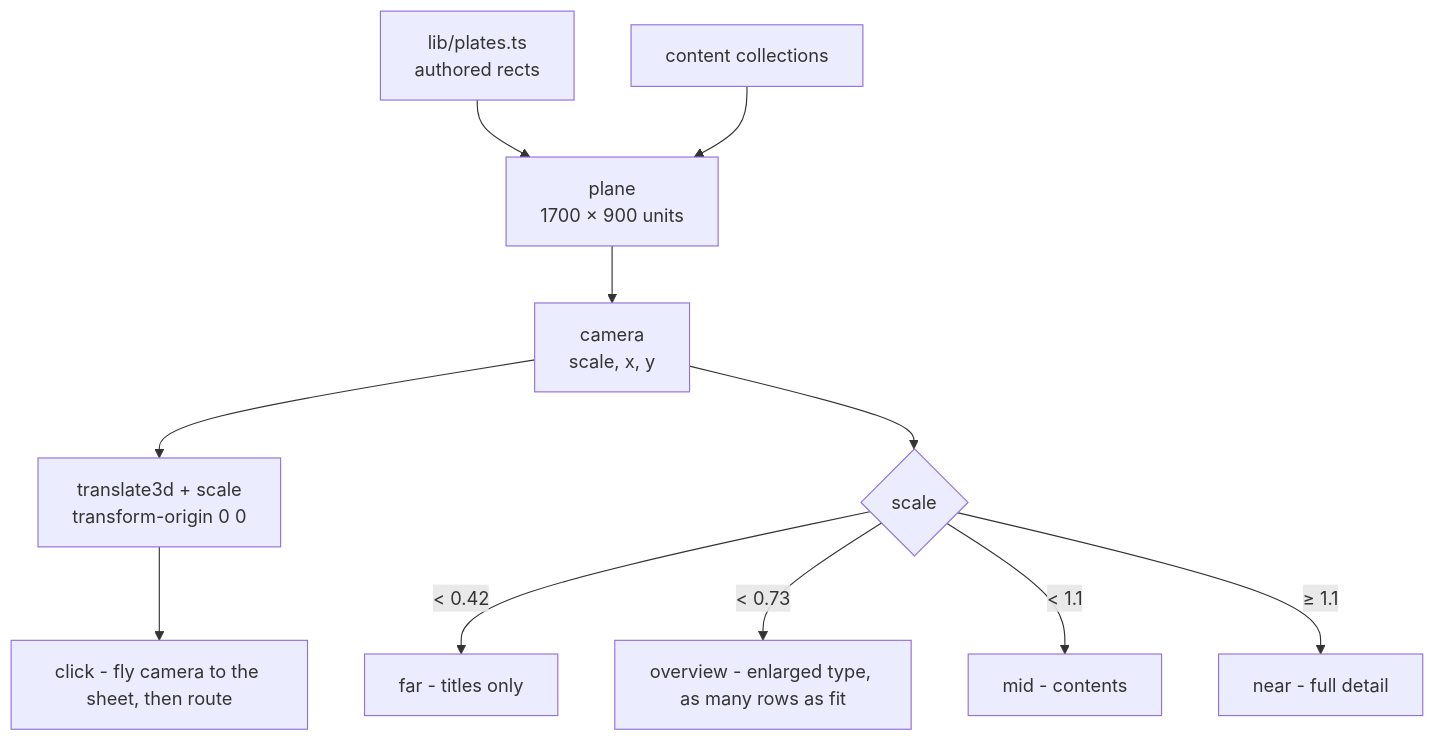
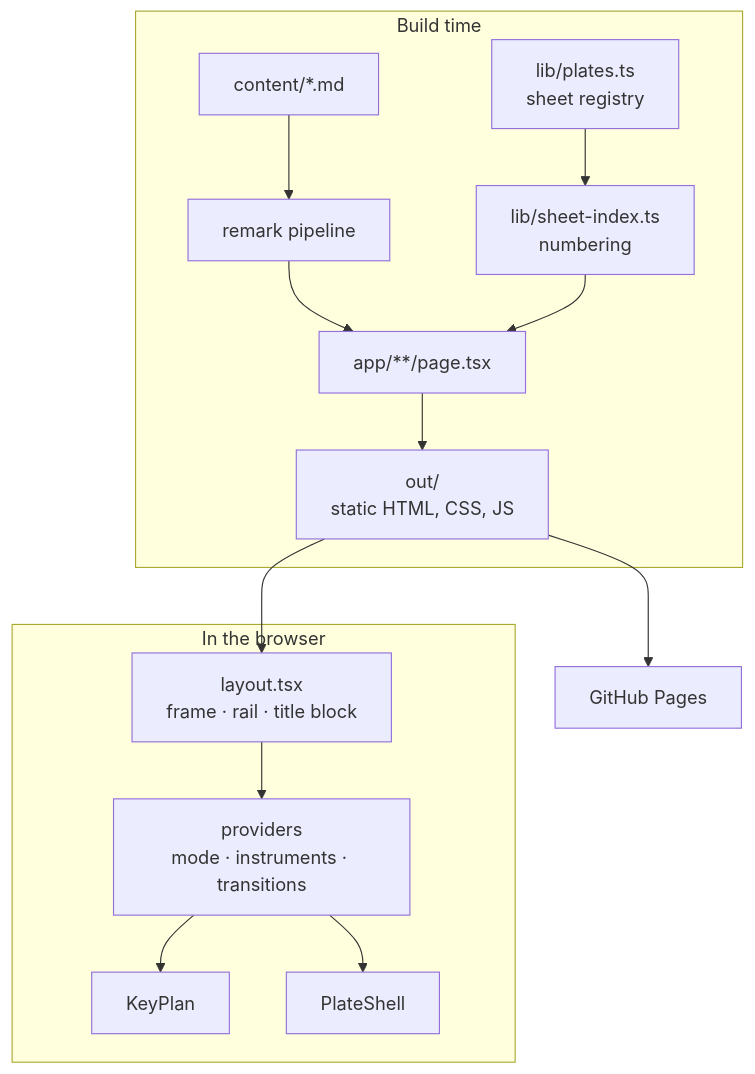
The third of 6 diagrams in README.md (ax5hay/akshaybajpai.com), drawn with Mermaid before and after one commit. The commit also changed other lines of this file and 25 other files, not shown here.

````diff
--- a/README.md
+++ b/README.md
@@ -355,13 +466,17 @@
 ```mermaid
 flowchart TD
-  REG["lib/plates.ts<br/>authored rects"] --> PLANE["plane<br/>1700 × 900 units"]
-  CONTENT["content collections"] --> PLANE
-  PLANE --> CAM["camera<br/>scale, x, y"]
-  CAM --> XFORM["translate3d + scale<br/>transform-origin 0 0"]
-  CAM --> LOD{"scale"}
-  LOD -->|"< 0.42"| FAR["far - titles only"]
-  LOD -->|"< 0.73"| OVER["overview - enlarged type, as many rows as fit"]
-  LOD -->|"< 1.1"| MID["mid - contents"]
-  LOD -->|"≥ 1.1"| NEAR["near - full detail"]
-  XFORM --> FLY["click - fly camera to the sheet, then route"]
+  subgraph BUILD["Build time"]
+    MD["content/*.md"] --> PIPE["remark pipeline"]
+    REG["lib/plates.ts<br/>sheet registry"] --> IDX["lib/sheet-index.ts<br/>numbering"]
+    PIPE --> ROUTES["app/**/page.tsx"]
+    IDX --> ROUTES
+    ROUTES --> OUT["out/<br/>static HTML, CSS, JS"]
+  end
+  subgraph RUN["In the browser"]
+    OUT --> LAYOUT["layout.tsx<br/>frame · rail · title block"]
+    LAYOUT --> PROV["providers<br/>mode · instruments · transitions"]
+    PROV --> PLAN["KeyPlan"]
+    PROV --> SHELL["PlateShell"]
+  end
+  OUT --> PAGES["GitHub Pages"]
 ```
````
